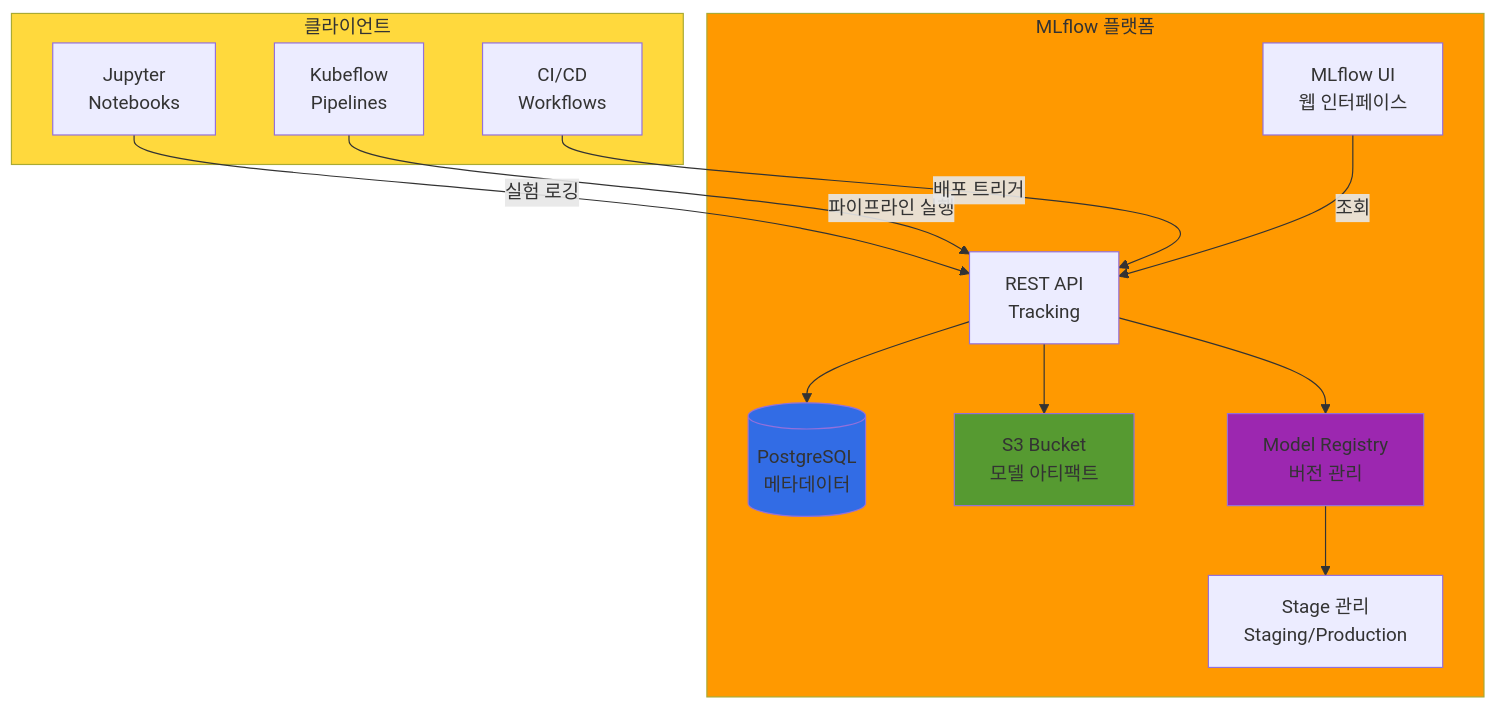
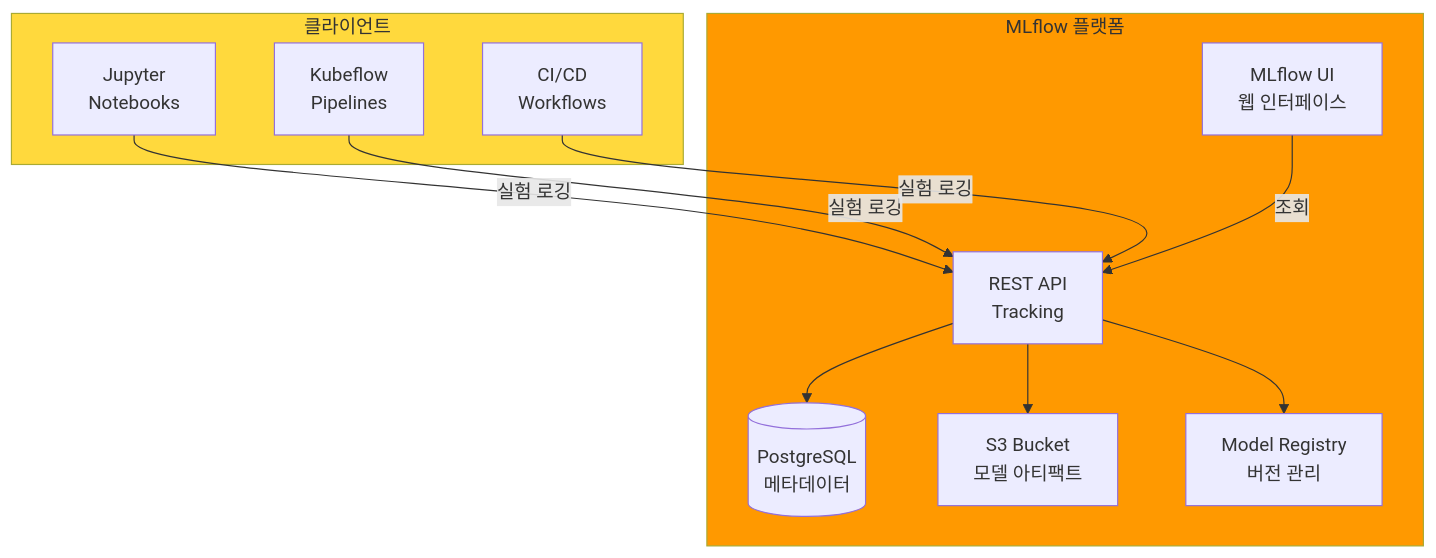
Before and after one commit to devfloor9/engineering-playbook: the third of 6 diagrams in docs/agentic-ai-platform/reference-architecture/mlops-pipeline-eks.md, drawn with Mermaid. The commit also changed other lines of this file and 6 other files, not shown here.

````diff
--- a/docs/agentic-ai-platform/reference-architecture/mlops-pipeline-eks.md
+++ b/docs/agentic-ai-platform/reference-architecture/mlops-pipeline-eks.md
@@ -490,33 +293,25 @@
 ```mermaid
 flowchart TB
     subgraph Clients["클라이언트"]
         NOTEBOOK[Jupyter<br/>Notebooks]
         PIPELINE[Kubeflow<br/>Pipelines]
         CICD[CI/CD<br/>Workflows]
     end
 
     subgraph MLflow["MLflow 플랫폼"]
         UI[MLflow UI<br/>웹 인터페이스]
         API[REST API<br/>Tracking]
         BACKEND[(PostgreSQL<br/>메타데이터)]
         S3[S3 Bucket<br/>모델 아티팩트]
         REGISTRY[Model Registry<br/>버전 관리]
-        STAGES[Stage 관리<br/>Staging/Production]
     end
 
-    NOTEBOOK -->|실험 로깅| API
-    PIPELINE -->|파이프라인 실행| API
-    CICD -->|배포 트리거| API
-
+    NOTEBOOK & PIPELINE & CICD -->|실험 로깅| API
     API --> BACKEND
     API --> S3
     API --> REGISTRY
-    REGISTRY --> STAGES
     UI -->|조회| API
 
     style Clients fill:#ffd93d
     style MLflow fill:#ff9900
-    style BACKEND fill:#326ce5
-    style S3 fill:#569a31
-    style REGISTRY fill:#9c27b0
 ```
````
